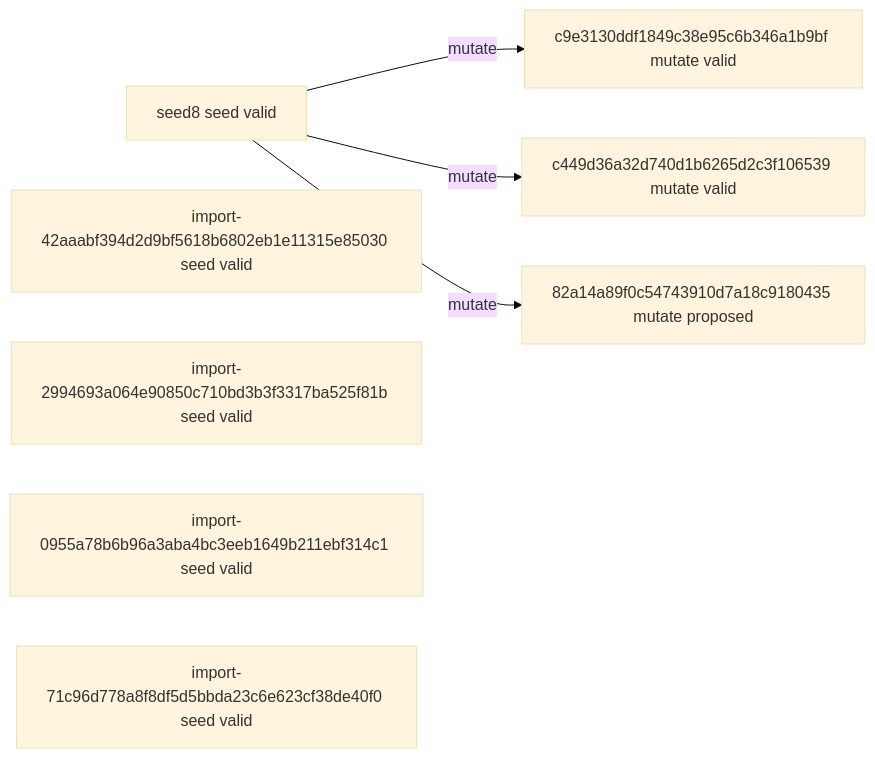
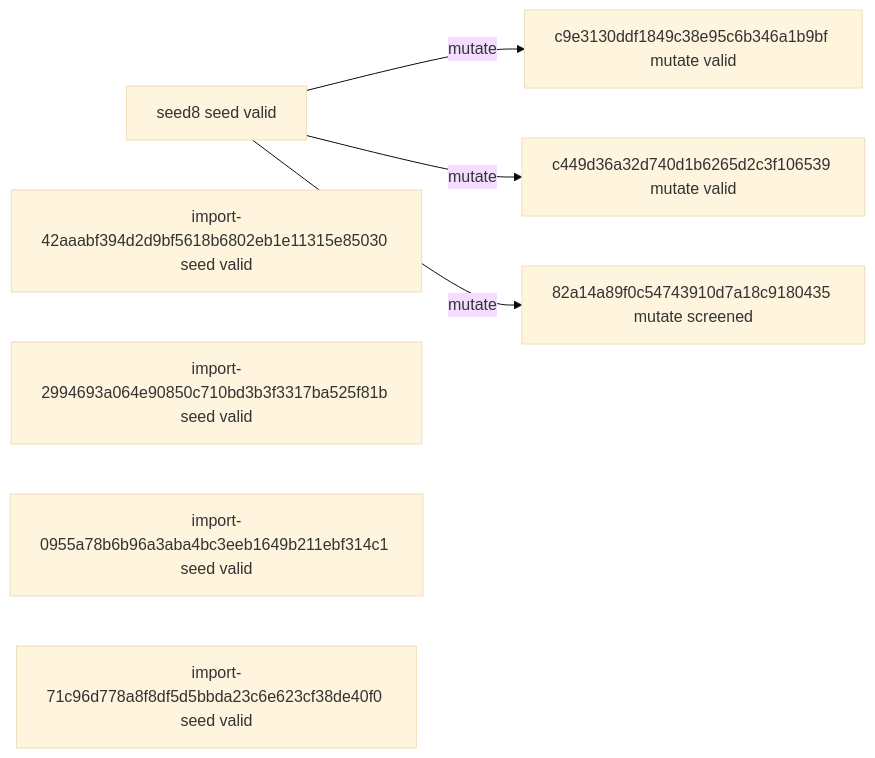
One commit to timbtz/feyer-search-lab changed the diagram in experiments/campaigns/smac-pilot-v1/README.md. Above: the diagram before and after it, drawn with Mermaid (base theme). The commit also changed other lines of this file and 7 other files, not shown here.

````diff
--- a/experiments/campaigns/smac-pilot-v1/README.md
+++ b/experiments/campaigns/smac-pilot-v1/README.md
@@ -21,14 +21,14 @@
 ```mermaid
 graph LR
   n0["seed8 seed valid"]
   n1["import-42aaabf394d2d9bf5618b6802eb1e11315e85030 seed valid"]
   n2["import-2994693a064e90850c710bd3b3f3317ba525f81b seed valid"]
   n3["import-0955a78b6b96a3aba4bc3eeb1649b211ebf314c1 seed valid"]
   n4["import-71c96d778a8f8df5d5bbda23c6e623cf38de40f0 seed valid"]
   n5["c9e3130ddf1849c38e95c6b346a1b9bf mutate valid"]
   n6["c449d36a32d740d1b6265d2c3f106539 mutate valid"]
-  n7["82a14a89f0c54743910d7a18c9180435 mutate proposed"]
+  n7["82a14a89f0c54743910d7a18c9180435 mutate screened"]
   n0 -->|mutate| n5
   n0 -->|mutate| n6
   n0 -->|mutate| n7
 ```
````
